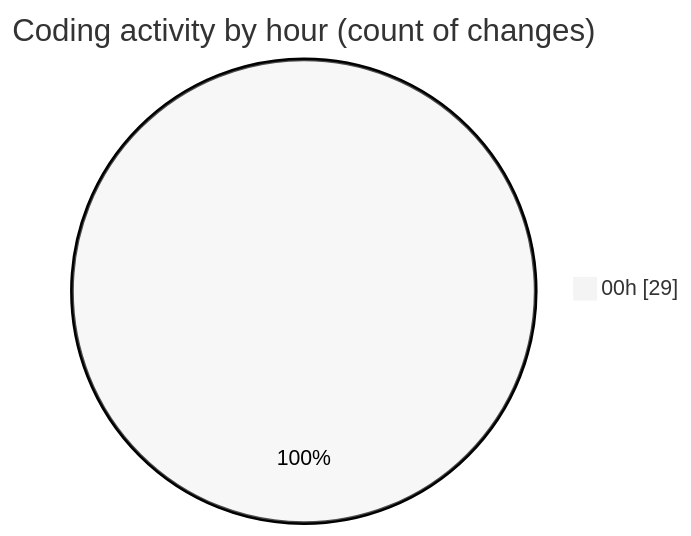
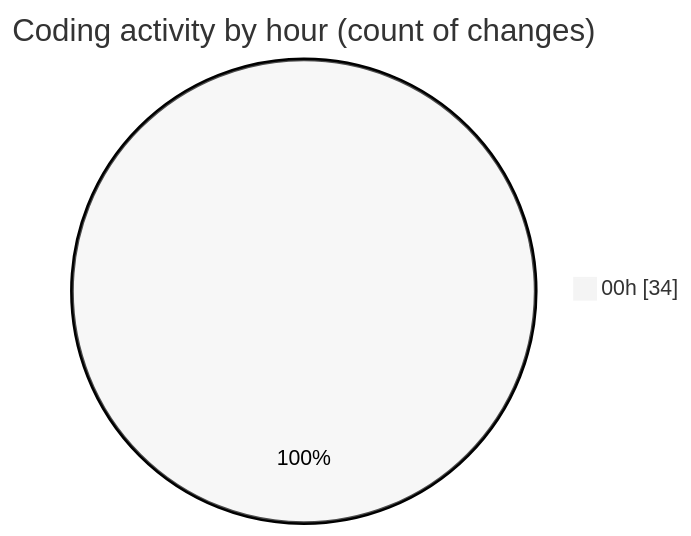
The second of 2 diagrams in 2025-11-20/eventscop-frontend-guide__workspace_/README.md (julien-gomy/code-tracking), drawn with Mermaid (neutral theme) before and after one commit. The commit also changed other lines of this file and 1 other file, not shown here.

````diff
--- a/2025-11-20/eventscop-frontend-guide__workspace_/README.md
+++ b/2025-11-20/eventscop-frontend-guide__workspace_/README.md
@@ -38,5 +42,5 @@
 ```mermaid
 pie showData
 title Coding activity by hour (count of changes)
-"00h" : 29
+"00h" : 34
 ```
````
